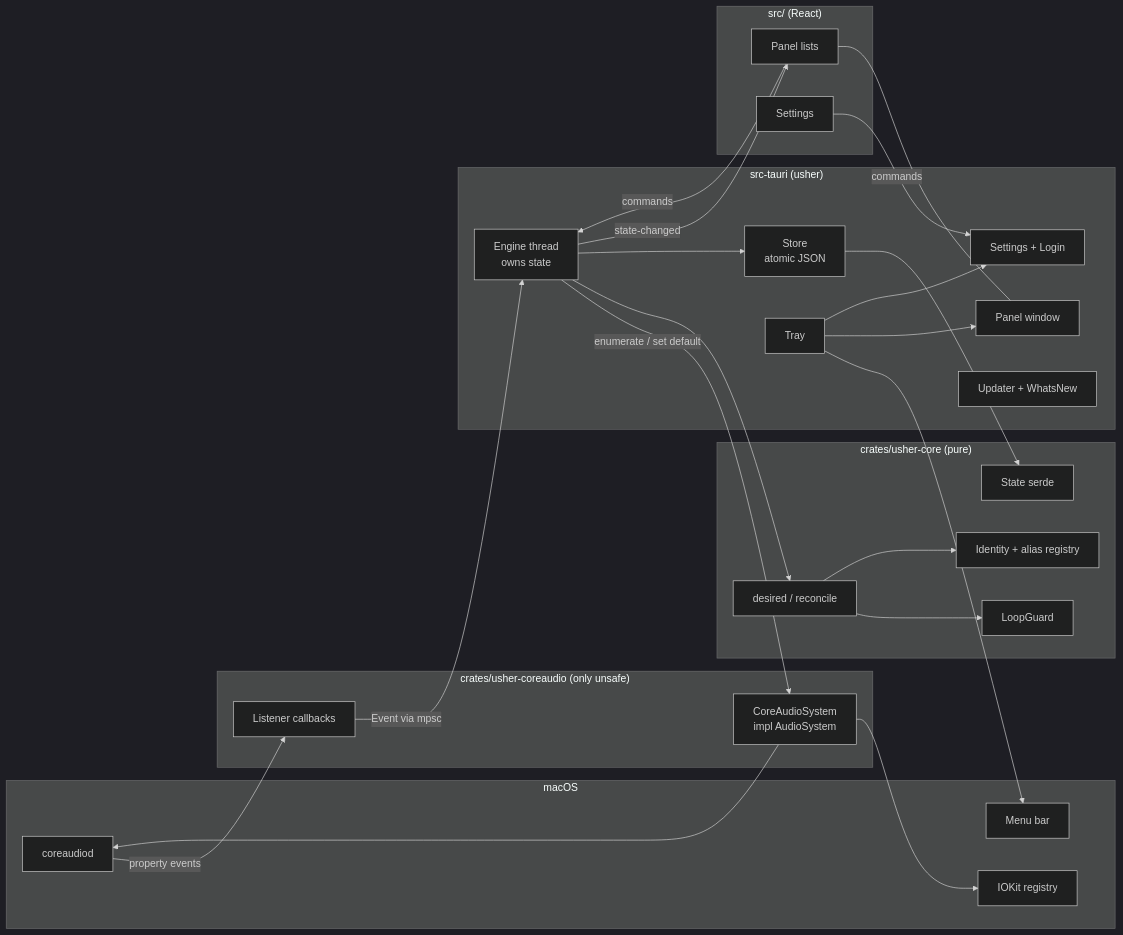
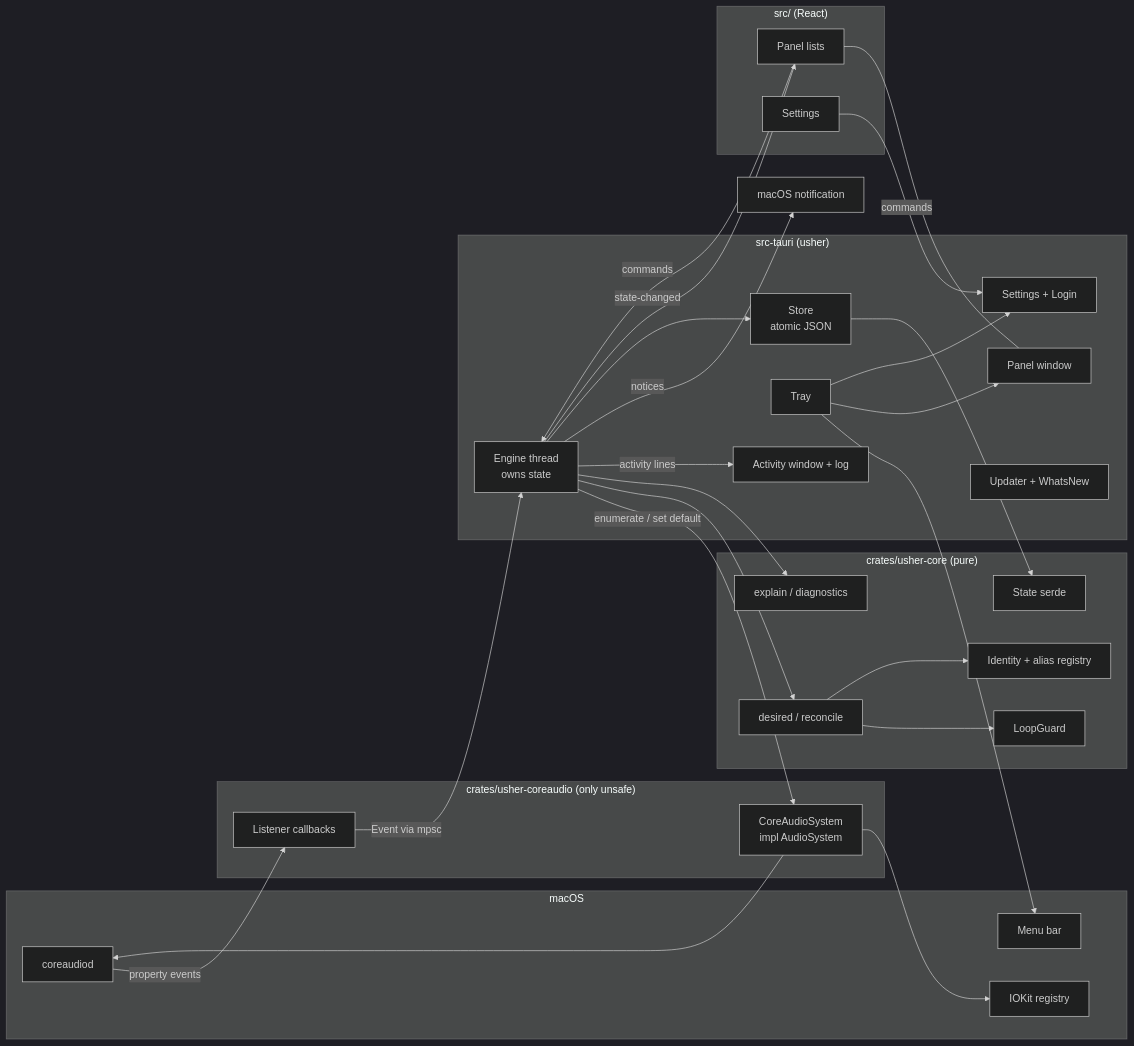
One commit to cef62/usher changed the first of 5 diagrams in docs/architecture/overview.md. Above: the diagram before and after it, drawn with Mermaid (dark theme). The commit also changed 70 other files, not shown here.

First line of the commit message:
feat: activity window, switch notices and diagnostics (#17)

````diff
--- a/docs/architecture/overview.md
+++ b/docs/architecture/overview.md
@@ -7,52 +7,57 @@
 ```mermaid
 flowchart LR
   subgraph macOS
     CA[coreaudiod]
     IOK[IOKit registry]
     TRAY[Menu bar]
   end
 
   subgraph coreaudio["crates/usher-coreaudio (only unsafe)"]
     SYS[CoreAudioSystem<br/>impl AudioSystem]
     LIS[Listener callbacks]
   end
 
   subgraph core["crates/usher-core (pure)"]
     POL[desired / reconcile]
     GUARD[LoopGuard]
     ID[Identity + alias registry]
     ST[State serde]
+    ACTV[explain / diagnostics]
   end
 
   subgraph app["src-tauri (usher)"]
     ENG[Engine thread<br/>owns state]
     STORE[Store<br/>atomic JSON]
     TRAYW[Tray]
     PW[Panel window]
     SL[Settings + Login]
     UPD[Updater + WhatsNew]
+    ACT[Activity window + log]
   end
 
   subgraph ui["src/ (React)"]
     PANEL[Panel lists]
     SET[Settings]
   end
 
   CA -- property events --> LIS
   LIS -- Event via mpsc --> ENG
   ENG -- enumerate / set default --> SYS
   SYS --> CA
   SYS --> IOK
   ENG --> POL
   POL --> GUARD
   POL --> ID
+  ENG --> ACTV
+  ENG -- activity lines --> ACT
+  ENG -- notices --> NOTE[macOS notification]
   ENG --> STORE
   STORE --> ST
   ENG -- state-changed --> PANEL
   PANEL -- commands --> ENG
   TRAYW --> TRAY
   TRAYW --> PW
   TRAYW --> SL
   PANEL --- PW
   SET -- commands --> SL
 ```
````
